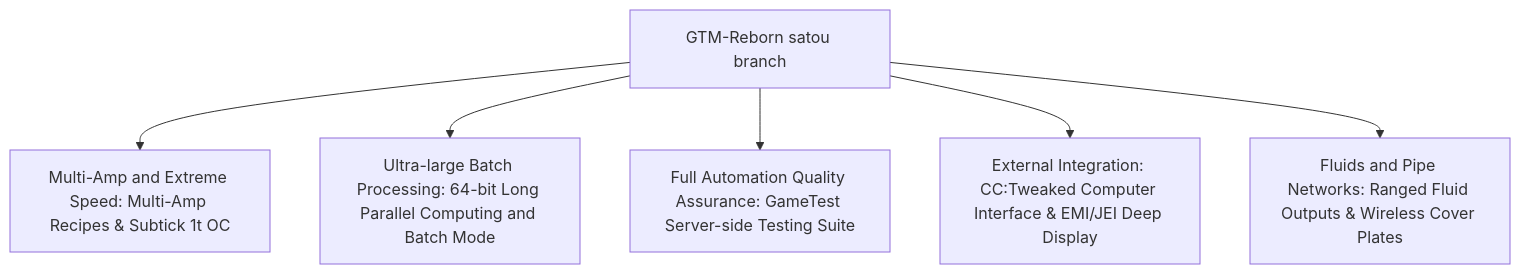
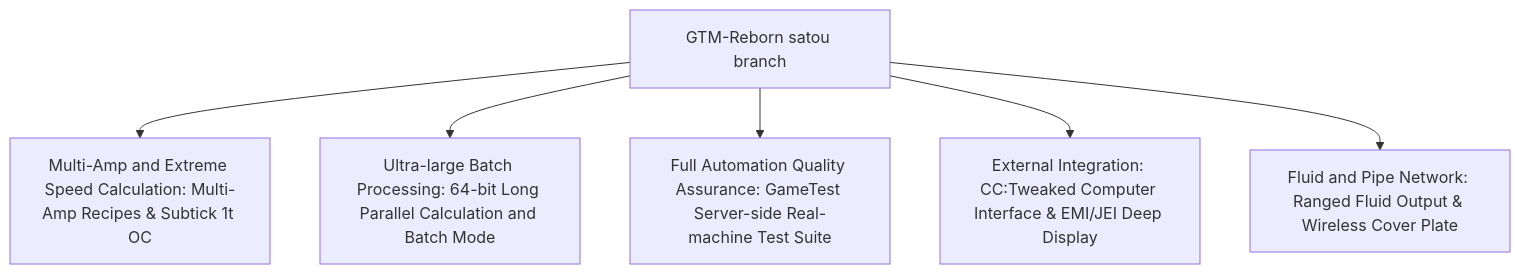
Before and after one commit to takanashisatou/GregtechEasy: the diagram in docs/en/gtm-reborn/index.md, drawn with Mermaid. The commit also changed other lines of this file and 138 other files, not shown here.

````diff
--- a/docs/en/gtm-reborn/index.md
+++ b/docs/en/gtm-reborn/index.md
@@ -11,8 +11,8 @@
 ```mermaid
 graph TD
-    A[GTM-Reborn satou branch] --> B[Multi-Amp and Extreme Speed: Multi-Amp Recipes & Subtick 1t OC]
-    A --> C[Ultra-large Batch Processing: 64-bit Long Parallel Computing and Batch Mode]
-    A --> D[Full Automation Quality Assurance: GameTest Server-side Testing Suite]
+    A[GTM-Reborn satou branch] --> B[Multi-Amp and Extreme Speed Calculation: Multi-Amp Recipes & Subtick 1t OC]
+    A --> C[Ultra-large Batch Processing: 64-bit Long Parallel Calculation and Batch Mode]
+    A --> D[Full Automation Quality Assurance: GameTest Server-side Real-machine Test Suite]
     A --> E[External Integration: CC:Tweaked Computer Interface & EMI/JEI Deep Display]
-    A --> F[Fluids and Pipe Networks: Ranged Fluid Outputs & Wireless Cover Plates]
+    A --> F[Fluid and Pipe Network: Ranged Fluid Output & Wireless Cover Plate]
 ```
````
